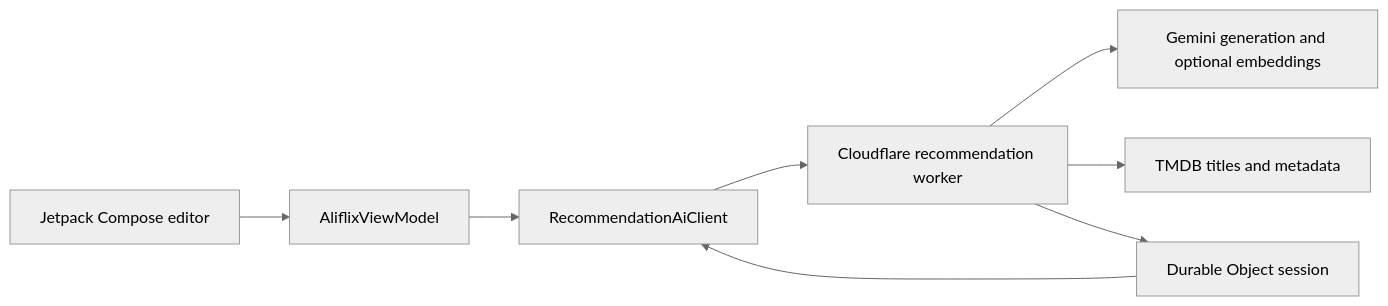
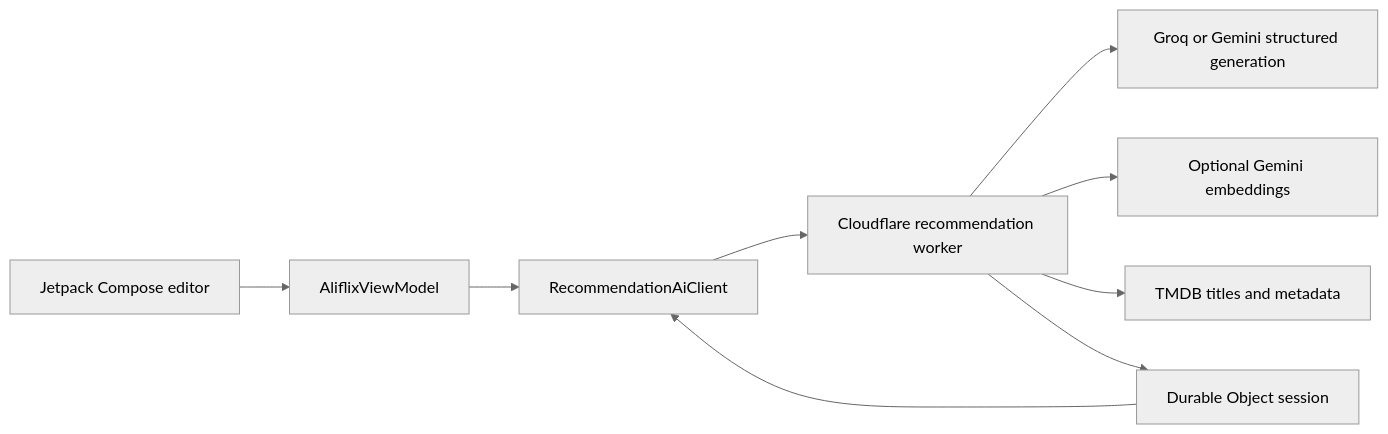
One commit to alishaban144/aliflix-android changed the diagram in README.md. Above: the diagram before and after it, drawn with Mermaid (neutral theme). The commit also changed other lines of this file and 19 other files, not shown here.

````diff
--- a/README.md
+++ b/README.md
@@ -33,10 +33,11 @@
 ```mermaid
 flowchart LR
     UI[Jetpack Compose editor] --> VM[AliflixViewModel]
     VM --> Client[RecommendationAiClient]
     Client --> Worker[Cloudflare recommendation worker]
-    Worker --> Gemini[Gemini generation and optional embeddings]
+    Worker --> Models[Groq or Gemini structured generation]
+    Worker --> Embeddings[Optional Gemini embeddings]
     Worker --> TMDB[TMDB titles and metadata]
     Worker --> Session[Durable Object session]
     Session --> Client
 ```
````
